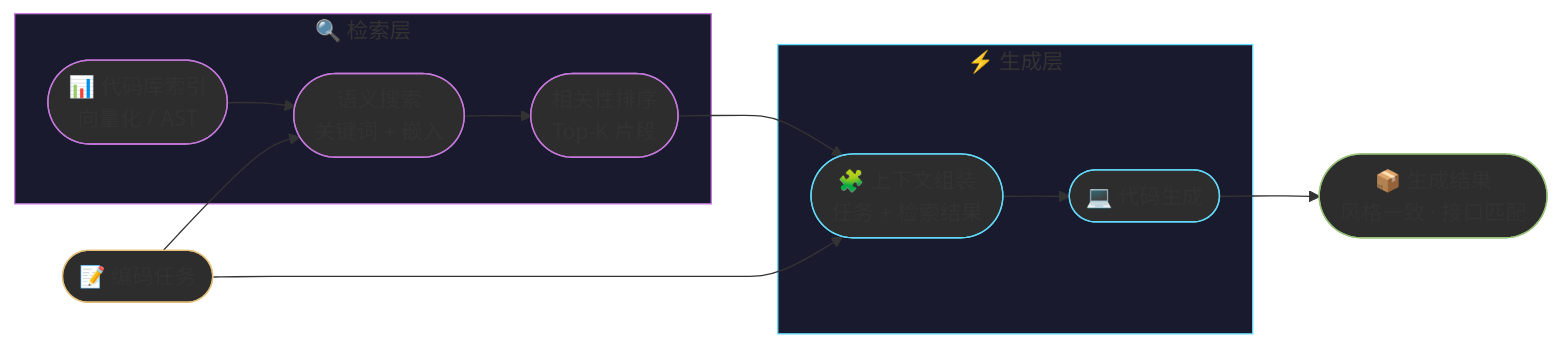
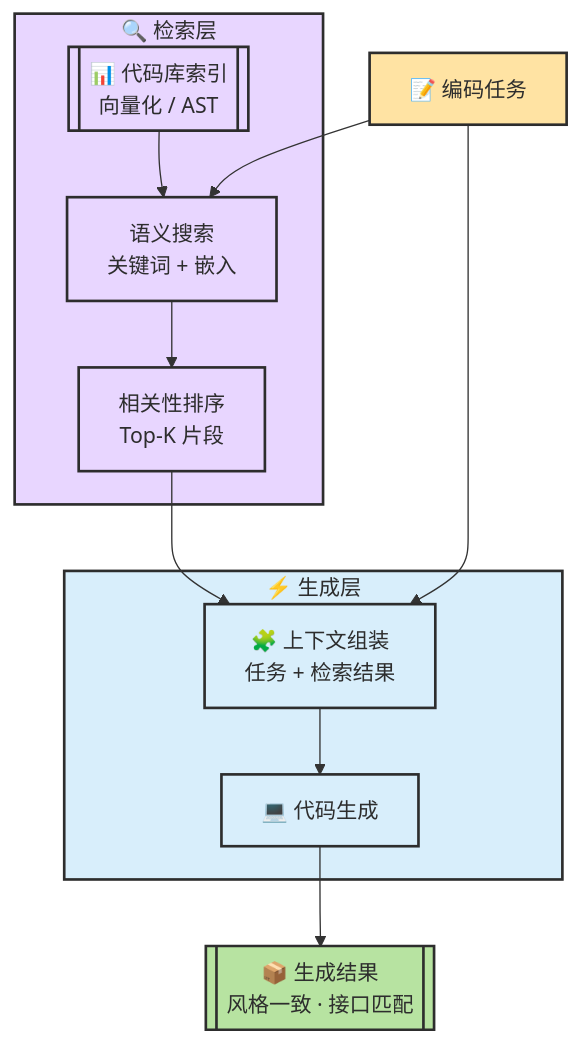
Before and after one commit to zht043/AgenticCodingTutorial: the fourth of 10 diagrams in docs/chapters/ch11-design-patterns.md, drawn with Mermaid. The commit also changed other lines of this file and 26 other files, not shown here.

````diff
--- a/docs/chapters/ch11-design-patterns.md
+++ b/docs/chapters/ch11-design-patterns.md
@@ -174,33 +184,33 @@
 ```mermaid
-flowchart LR
-    classDef query fill:#2d2d2d,stroke:#e5c07b
-    classDef rag fill:#2d2d2d,stroke:#c678dd
-    classDef gen fill:#2d2d2d,stroke:#61dafb
-    classDef out fill:#2d2d2d,stroke:#98c379
+flowchart TD
+    classDef query fill:#ffe3a3,stroke:#2d2d2d,stroke-width:2px,color:#2d2d2d
+    classDef rag fill:#e8d6ff,stroke:#2d2d2d,stroke-width:2px,color:#2d2d2d
+    classDef gen fill:#d8eefb,stroke:#2d2d2d,stroke-width:2px,color:#2d2d2d
+    classDef out fill:#b7e3a1,stroke:#2d2d2d,stroke-width:2px,color:#2d2d2d
 
-    Task(["📝 编码任务"]):::query
+    Task["📝 编码任务"]:::query
 
     subgraph Retrieval["🔍 检索层"]
-        Index(["📊 代码库索引<br/>向量化 / AST"]):::rag
-        Search(["语义搜索<br/>关键词 + 嵌入"]):::rag
-        Rank(["相关性排序<br/>Top-K 片段"]):::rag
+        Index[["📊 代码库索引<br/>向量化 / AST"]]:::rag
+        Search["语义搜索<br/>关键词 + 嵌入"]:::rag
+        Rank["相关性排序<br/>Top-K 片段"]:::rag
     end
 
     subgraph Generation["⚡ 生成层"]
-        Context(["🧩 上下文组装<br/>任务 + 检索结果"]):::gen
-        Code(["💻 代码生成"]):::gen
+        Context["🧩 上下文组装<br/>任务 + 检索结果"]:::gen
+        Code["💻 代码生成"]:::gen
     end
 
-    Output(["📦 生成结果<br/>风格一致 · 接口匹配"]):::out
+    Output[["📦 生成结果<br/>风格一致 · 接口匹配"]]:::out
 
     Task --> Search
     Index --> Search
     Search --> Rank
     Rank --> Context
     Task --> Context
     Context --> Code
     Code --> Output
 
-    style Retrieval fill:#1a1a2e,stroke:#c678dd
-    style Generation fill:#1a1a2e,stroke:#61dafb
+    style Retrieval fill:#e8d6ff,stroke:#2d2d2d,stroke-width:2px,color:#2d2d2d
+    style Generation fill:#d8eefb,stroke:#2d2d2d,stroke-width:2px,color:#2d2d2d
 ```
````
